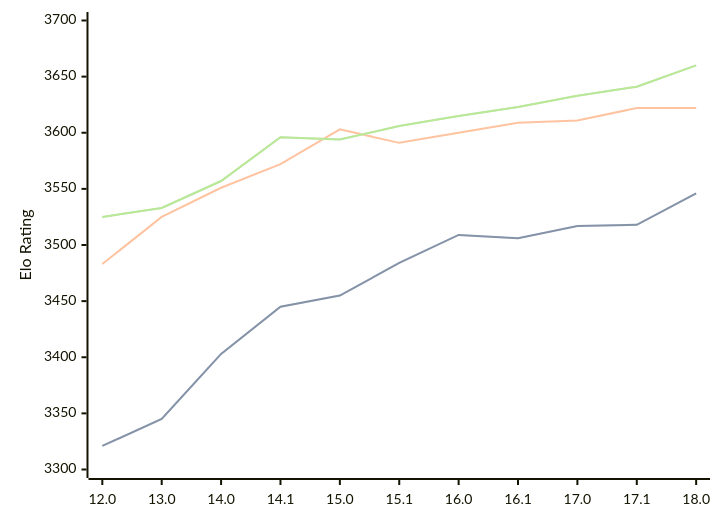
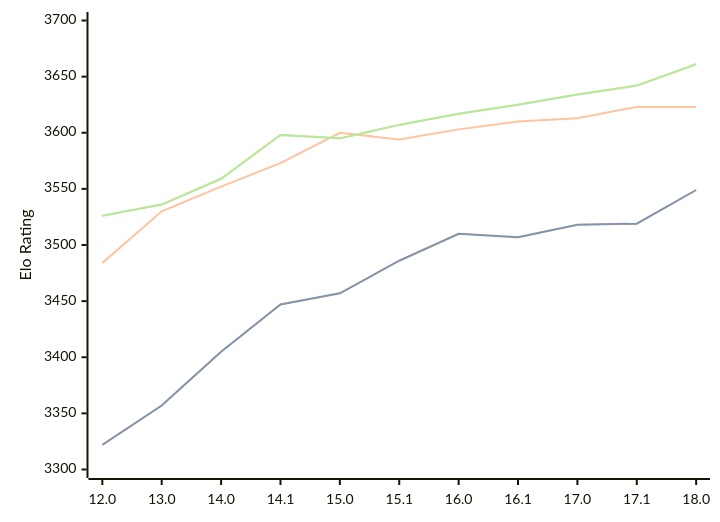
The diagram in engines/Stockfish.md (computer-chess-index/cci), drawn with Mermaid before and after one commit. The commit also changed other lines of this file, not shown here.

Commit message:
Update CCI Ratings (ELO VLTC) - 2026-02-19

````diff
--- a/engines/Stockfish.md
+++ b/engines/Stockfish.md
@@ -42,11 +42,11 @@
 ```mermaid
 %%{init: {"theme":"base","themeVariables":{"seriesColors:['#a3a3a3','#222221','#faa371']}}}%%
 xychart-beta
   x-axis ["12.0", "13.0", "14.0", "14.1", "15.0", "15.1", "16.0", "16.1", "17.0", "17.1", "18.0"]
   y-axis "Elo Rating" 3300 --> 3700
-  line "STC (8.0+0.08s)" [3321, 3345, 3403, 3445, 3455, 3484, 3509, 3506, 3517, 3518, 3546]
-  line "STC (8.0+0.08s)" [3321, 3345, 3403, 3445, 3455, 3484, 3509, 3506, 3517, 3518, 3546]
-  line "LTC (60.0+0.60s)" [3483, 3525, 3551, 3572, 3603, 3591, 3600, 3609, 3611, 3622, 3622]
-  line "VLTC (2m24s+1.12s)" [3525, 3533, 3557, 3596, 3594, 3606, 3615, 3623, 3633, 3641, 3660]
-  line "VLTC (2m24s+1.12s)" [3525, 3533, 3557, 3596, 3594, 3606, 3615, 3623, 3633, 3641, 3660]
+  line "STC (8.0+0.08s)" [3322, 3357, 3405, 3447, 3457, 3486, 3510, 3507, 3518, 3519, 3549]
+  line "STC (8.0+0.08s)" [3322, 3357, 3405, 3447, 3457, 3486, 3510, 3507, 3518, 3519, 3549]
+  line "LTC (60.0+0.60s)" [3484, 3530, 3552, 3573, 3600, 3594, 3603, 3610, 3613, 3623, 3623]
+  line "VLTC (2m24s+1.12s)" [3526, 3536, 3559, 3598, 3595, 3607, 3617, 3625, 3634, 3642, 3661]
+  line "VLTC (2m24s+1.12s)" [3526, 3536, 3559, 3598, 3595, 3607, 3617, 3625, 3634, 3642, 3661]
 ```
````
